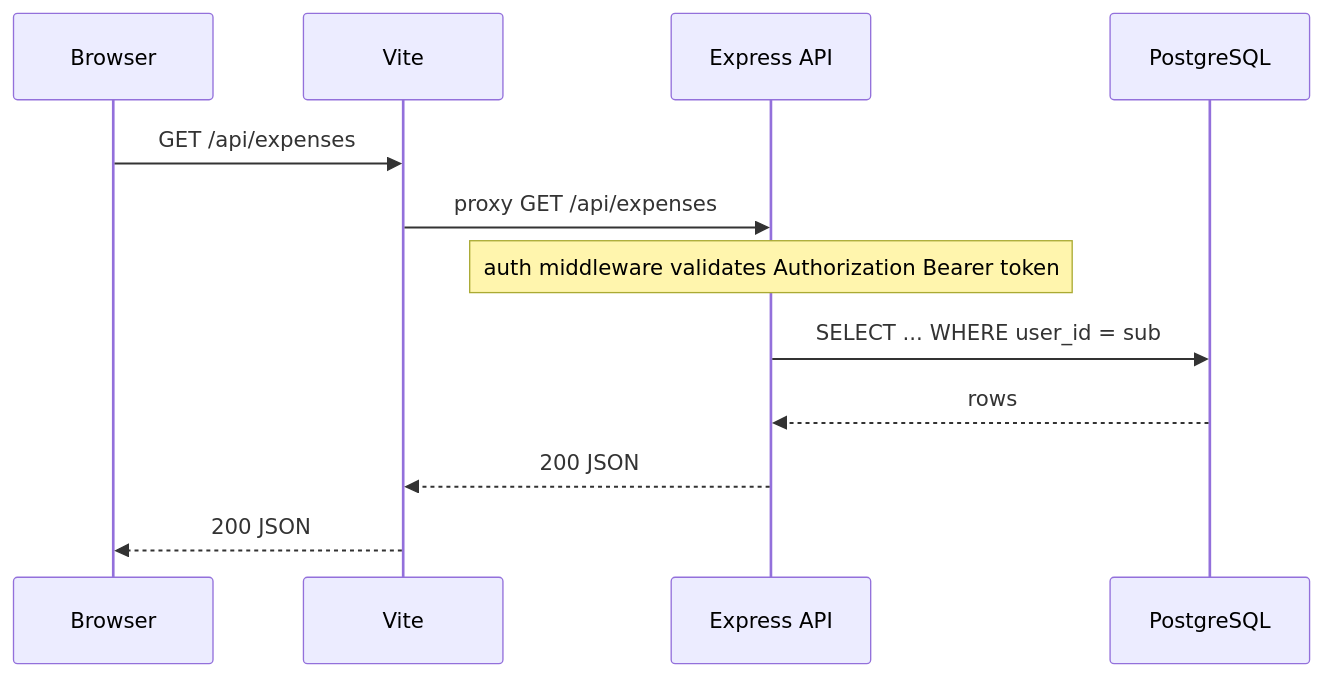
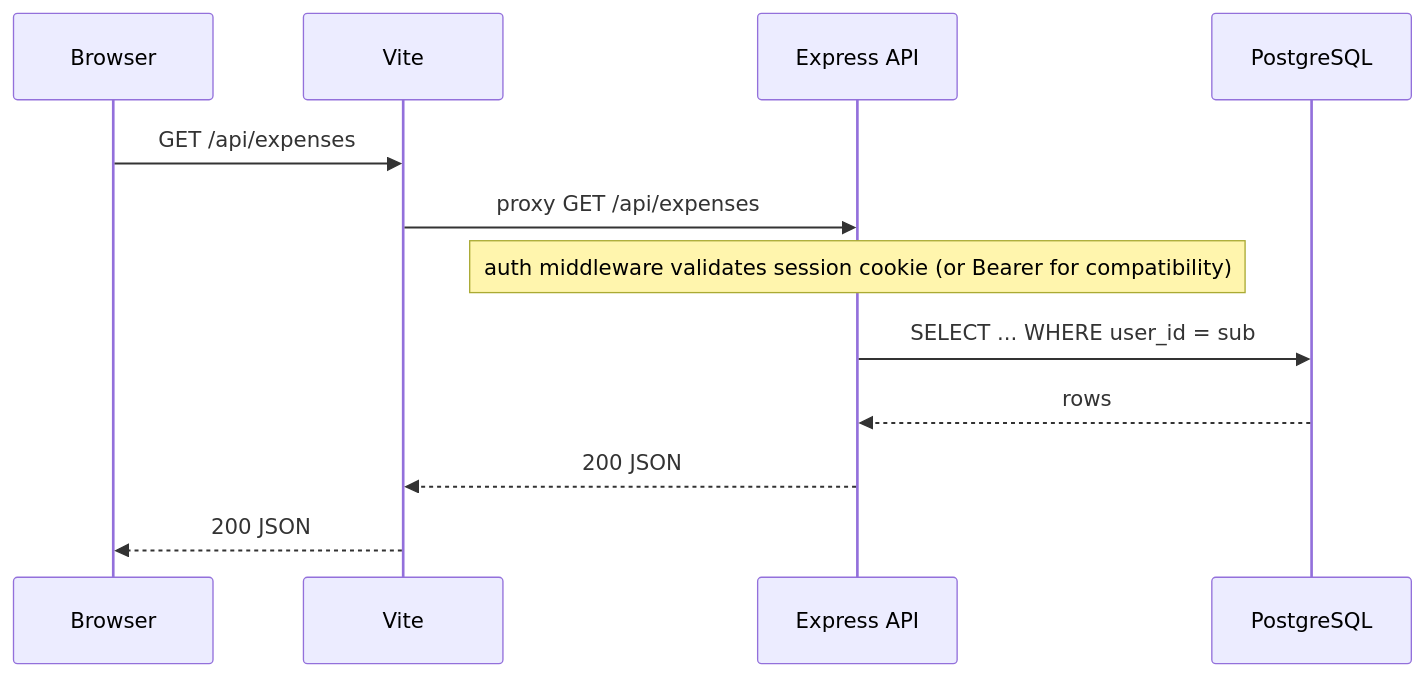
One commit to becomeonewiththecode/expense_tracker changed diagram 18 of 20 in docs/ARCHITECTURE_DIAGRAM.md. Above: the diagram before and after it, drawn with Mermaid. The commit also changed other lines of this file and 30 other files, not shown here.

First line of the commit message:
Security: cookie sessions, bank token encryption, auth hardening

````diff
--- a/docs/ARCHITECTURE_DIAGRAM.md
+++ b/docs/ARCHITECTURE_DIAGRAM.md
@@ -743,15 +743,15 @@
 ```mermaid
 sequenceDiagram
   participant Browser
   participant Vite
   participant API as Express API
   participant PG as PostgreSQL
 
   Browser->>Vite: GET /api/expenses
   Vite->>API: proxy GET /api/expenses
-  Note over API: auth middleware validates Authorization Bearer token
+  Note over API: auth middleware validates session cookie (or Bearer for compatibility)
   API->>PG: SELECT ... WHERE user_id = sub
   PG-->>API: rows
   API-->>Vite: 200 JSON
   Vite-->>Browser: 200 JSON
 ```
````
